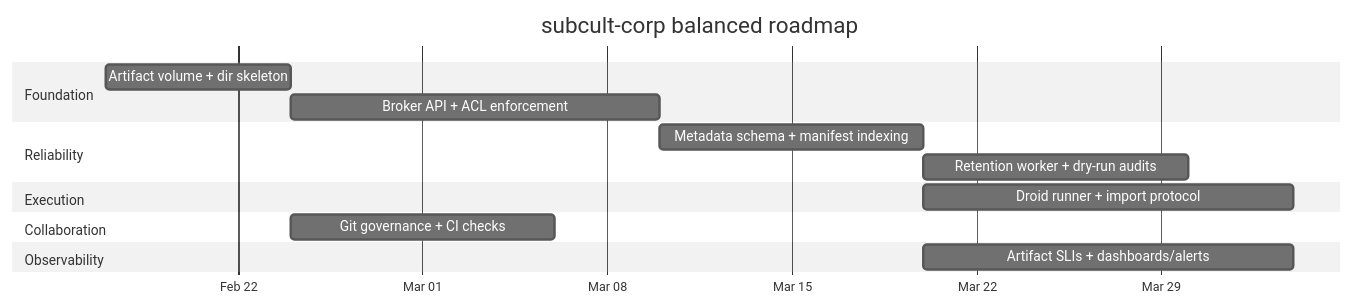
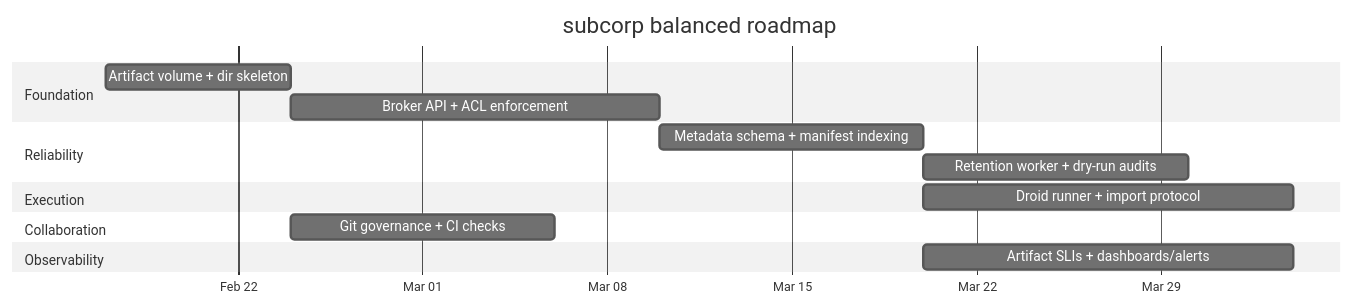
Before and after one commit to subculture-collective/subcult-corp: the diagram in docs/research-report.md, drawn with Mermaid (neutral theme). The commit also changed other lines of this file and 144 other files, not shown here.

````diff
--- a/docs/research-report.md
+++ b/docs/research-report.md
@@ -389,23 +403,23 @@
 ```mermaid
 gantt
-  title subcult-corp balanced roadmap
+  title subcorp balanced roadmap
   dateFormat  YYYY-MM-DD
   axisFormat  %b %d
 
   section Foundation
   Artifact volume + dir skeleton        :a1, 2026-02-17, 7d
   Broker API + ACL enforcement          :a2, after a1, 14d
 
   section Reliability
   Metadata schema + manifest indexing   :b1, after a2, 10d
   Retention worker + dry-run audits     :b2, after b1, 10d
 
   section Execution
   Droid runner + import protocol        :c1, after b1, 14d
 
   section Collaboration
   Git governance + CI checks            :d1, after a1, 10d
 
   section Observability
   Artifact SLIs + dashboards/alerts      :e1, after b1, 14d
 ```
````
